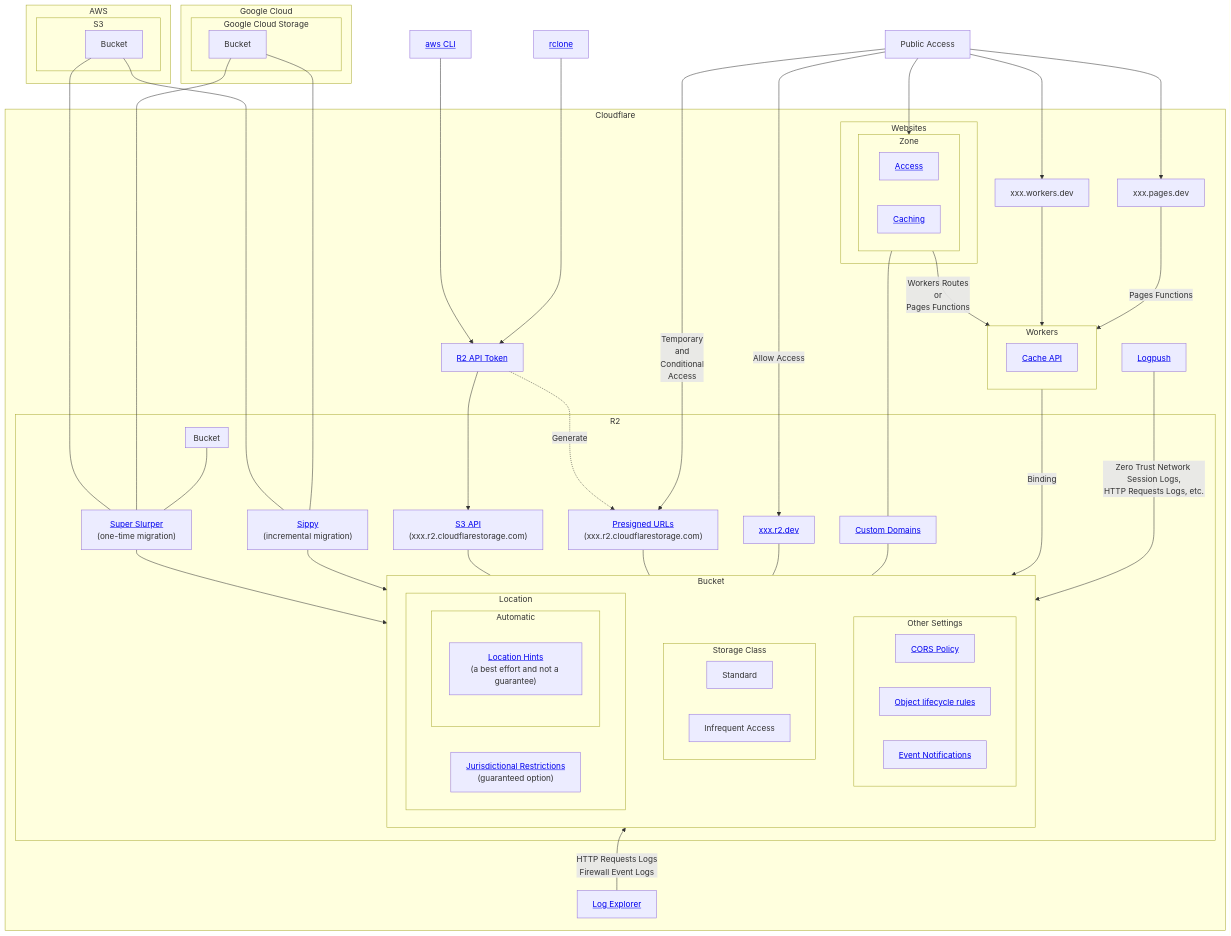
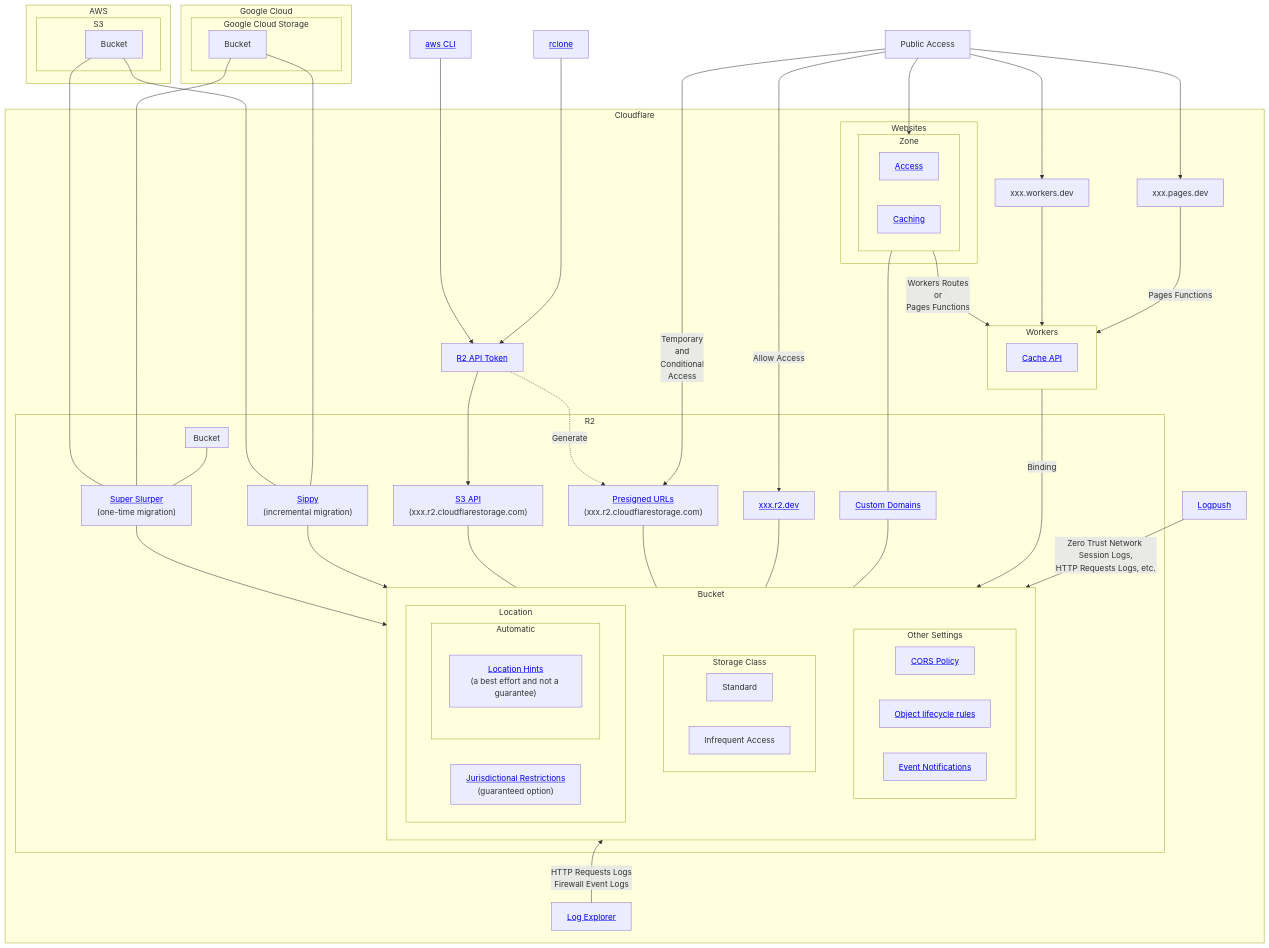
One commit to kyouheicf/cloudflare-mermaid-diagrams changed the diagram in r2-feature-and-integration.md. Above: the diagram before and after it, drawn with Mermaid.

````diff
--- a/r2-feature-and-integration.md
+++ b/r2-feature-and-integration.md
@@ -79,6 +79,6 @@
 Domain --> |Workers Routes<br>or<br>Pages Functions|Workers
 Public --> WDEV --> Workers ----> |Binding|R2Bucket
 Public --> PDEV --> |Pages Functions|Workers
-Logpush ----> |Zero Trust Network Session Logs,<br>HTTP Requests Logs, etc.|R2Bucket
+Logpush --> |Zero Trust Network Session Logs,<br>HTTP Requests Logs, etc.|R2Bucket
 
 ```
````
